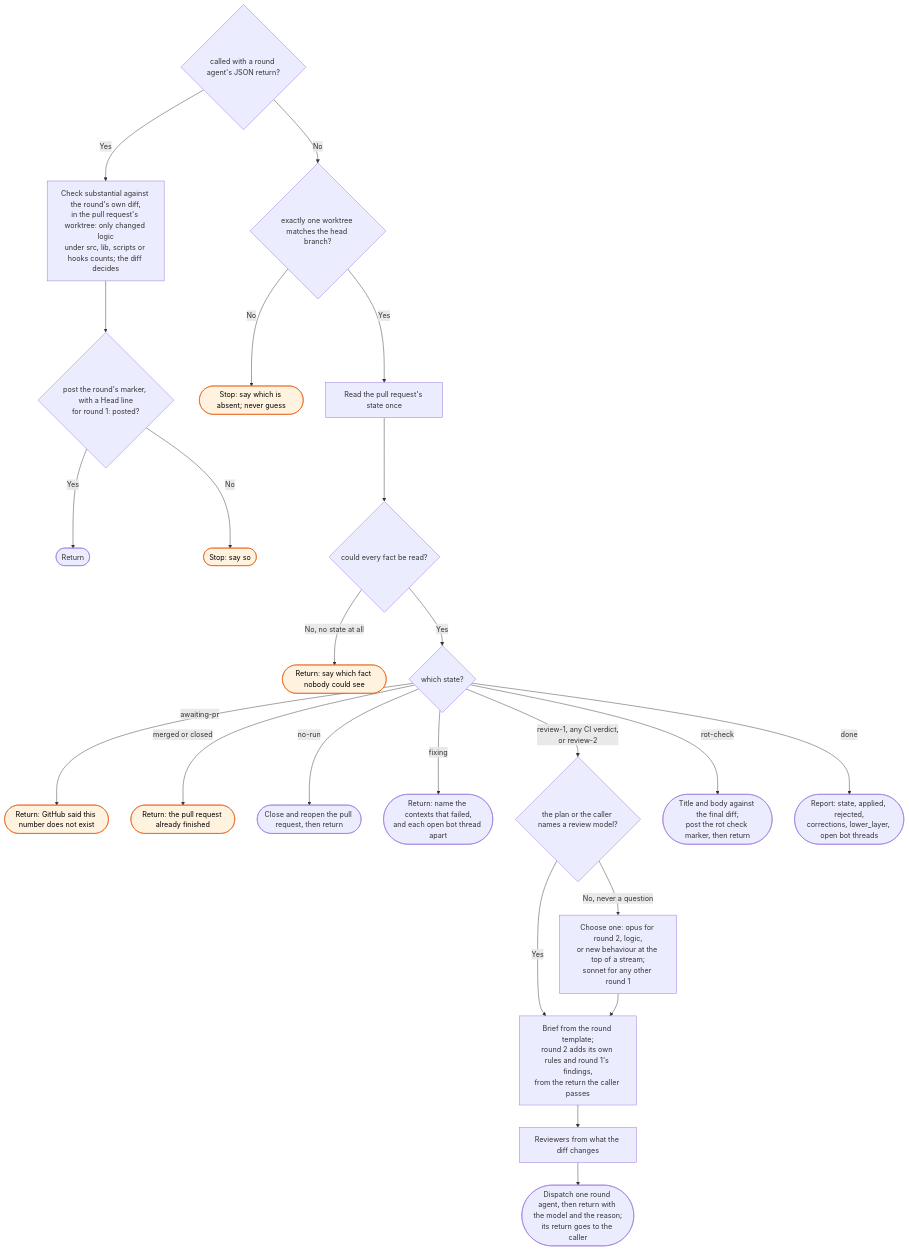
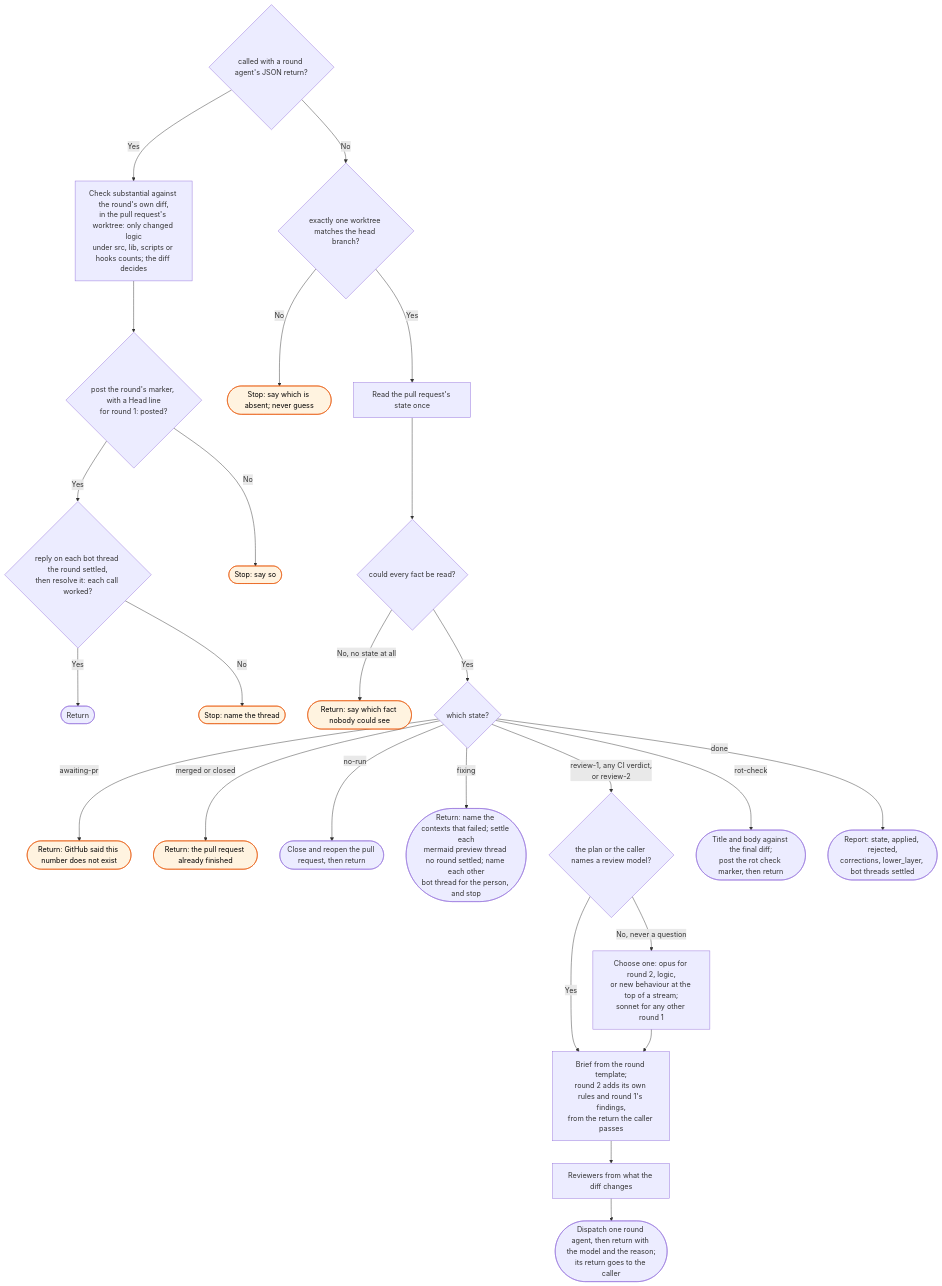
Before and after one commit to bje-settings/claude: the diagram in docs/flows/workstreams/review/_skill-flow.md, drawn with Mermaid. The commit also changed other lines of this file and 15 other files, not shown here.

First line of the commit message:
fix(workstreams): handle bot threads, no-stack repos and stacked CI (#389)

````diff
--- a/docs/flows/workstreams/review/_skill-flow.md
+++ b/docs/flows/workstreams/review/_skill-flow.md
@@ -15,32 +15,34 @@
 ```mermaid
 flowchart TD
     R0{called with a round agent's JSON return?}
     R0 -->|Yes| RS[Check substantial against the round's own diff,<br/>in the pull request's worktree: only changed logic<br/>under src, lib, scripts or hooks counts; the diff decides]
     RS --> R2{post the round's marker, with a Head line<br/>for round 1: posted?}
-    R2 -->|Yes| R1([Return])
+    R2 -->|Yes| BT{reply on each bot thread the round settled,<br/>then resolve it: each call worked?}
     R2 -->|No| R3([Stop: say so]):::stop
+    BT -->|Yes| R1([Return])
+    BT -->|No| BT1([Stop: name the thread]):::stop
     R0 -->|No| W{exactly one worktree matches the head branch?}
     W -->|No| W1([Stop: say which is absent; never guess]):::stop
     W -->|Yes| C[Read the pull request's state once]
 
     C --> D{could every fact be read?}
     D -->|No, no state at all| D1([Return: say which fact nobody could see]):::stop
     D -->|Yes| E{which state?}
 
     E -->|awaiting-pr| E1([Return: GitHub said this number does not exist]):::stop
     E -->|merged or closed| E1b([Return: the pull request already finished]):::stop
     E -->|no-run| F([Close and reopen the pull request, then return])
-    E -->|fixing| G2([Return: name the contexts that failed,<br/>and each open bot thread apart])
+    E -->|fixing| G2([Return: name the contexts that failed; settle each<br/>mermaid preview thread no round settled; name each other<br/>bot thread for the person, and stop])
 
     E -->|review-1, any CI verdict,<br/>or review-2| M{the plan or the caller names a review model?}
     M -->|Yes| I
     M -->|No, never a question| M1[Choose one: opus for round 2, logic,<br/>or new behaviour at the top of a stream;<br/>sonnet for any other round 1] --> I
     I[Brief from the round template;<br/>round 2 adds its own rules and round 1's findings,<br/>from the return the caller passes]
     I --> J[Reviewers from what the diff changes]
     J --> K([Dispatch one round agent, then return with the model and the reason;<br/>its return goes to the caller])
 
     E -->|rot-check| Q([Title and body against the final diff;<br/>post the rot check marker, then return])
-    E -->|done| S([Report: state, applied, rejected,<br/>corrections, lower_layer, open bot threads])
+    E -->|done| S([Report: state, applied, rejected,<br/>corrections, lower_layer, bot threads settled])
 
     classDef stop fill:#fff3e0,stroke:#e65100,color:#000
 ```
````
